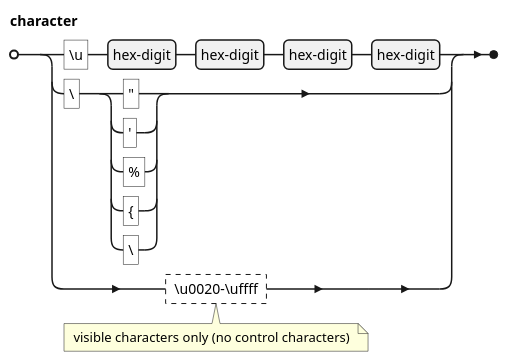
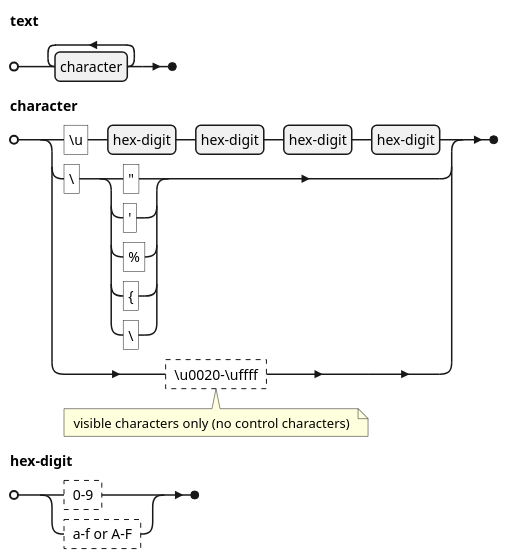
One commit to jgremmen/message-format changed the second of 9 diagrams in docs/modules/ROOT/pages/message.adoc. Above: the diagram before and after it, drawn with PlantUML. The commit also changed other lines of this file and 1 other file, not shown here.

```diff
--- a/docs/modules/ROOT/pages/message.adoc
+++ b/docs/modules/ROOT/pages/message.adoc
@@ -30,6 +28,10 @@
-[plantuml,character,svg,align=left]
+[plantuml,text,svg,align=left]
 ....
 @startebnf
+text = { character }-;
+
 character = ('\u', hex-digit, hex-digit, hex-digit, hex-digit | '\', ('"' | "'" | '%' | '{' | '\') | ? \u0020-\uffff ? (* visible characters only (no control characters) *) );
+
+hex-digit = (? 0-9 ? | ? a-f or A-F ?);
 @endebnf
 ....
```
